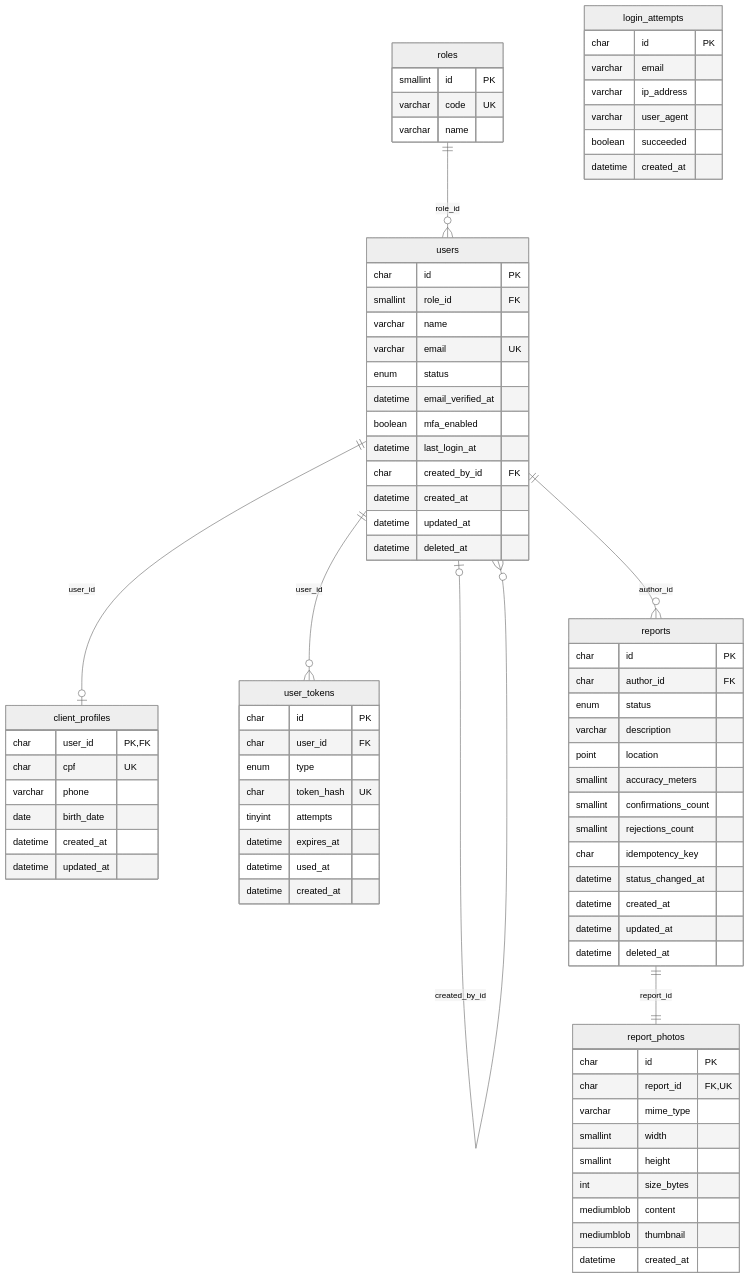
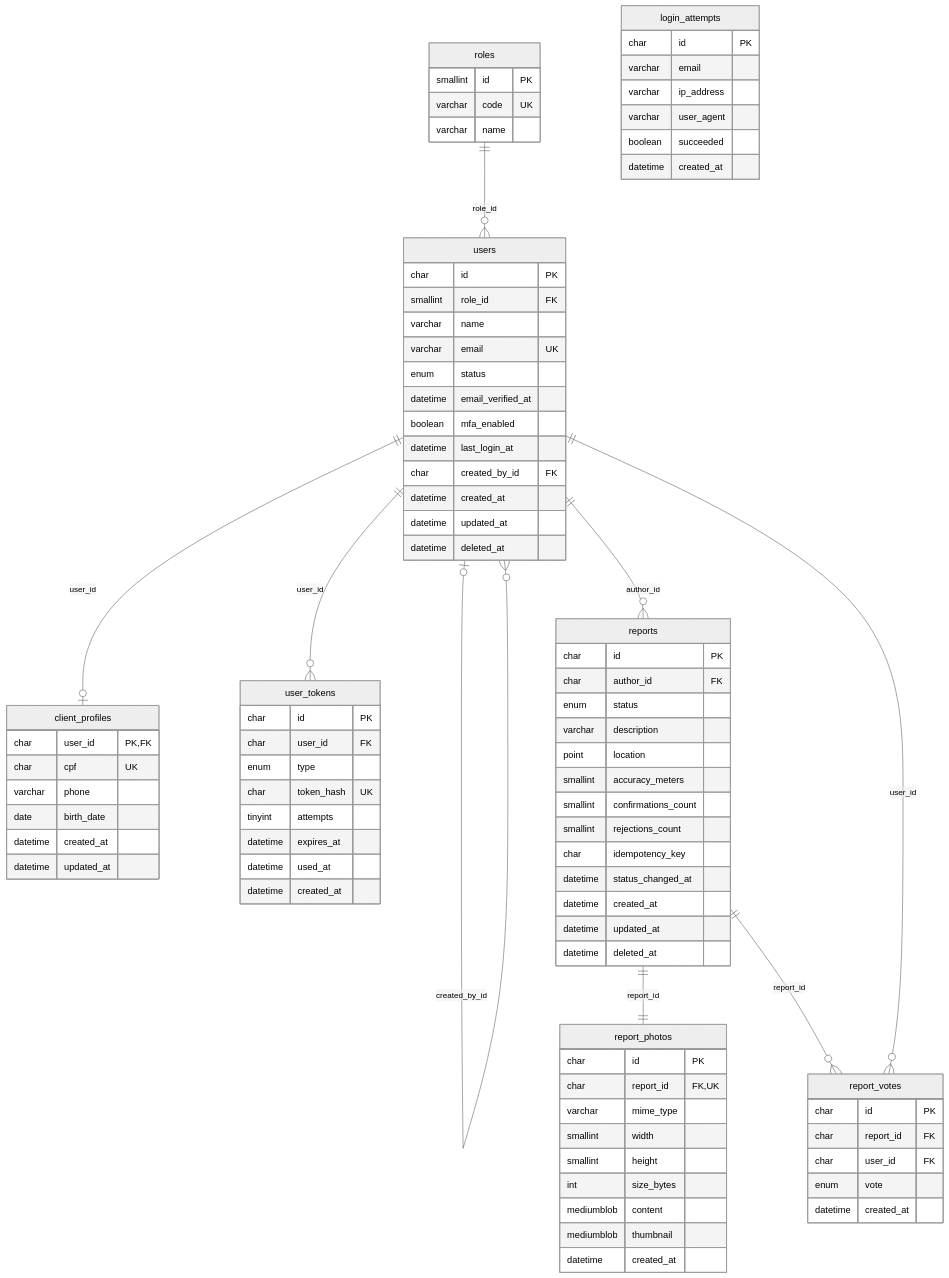
Before and after one commit to jgtsuchiya/projeto_integrador_reportaAiCm_backend: the diagram in docs/DATABASE.md, drawn with Mermaid (neutral theme). The commit also changed other lines of this file and 60 other files, not shown here.

````diff
--- a/docs/DATABASE.md
+++ b/docs/DATABASE.md
@@ -91,6 +91,8 @@
     users |o--o{ users : "created_by_id"
     users ||--o{ reports : "author_id"
     reports ||--|| report_photos : "report_id"
+    reports ||--o{ report_votes : "report_id"
+    users ||--o{ report_votes : "user_id"
 
     roles {
         smallint id PK
@@ -163,4 +165,11 @@
         mediumblob thumbnail
         datetime created_at
     }
+    report_votes {
+        char id PK
+        char report_id FK
+        char user_id FK
+        enum vote
+        datetime created_at
+    }
 ```
````
